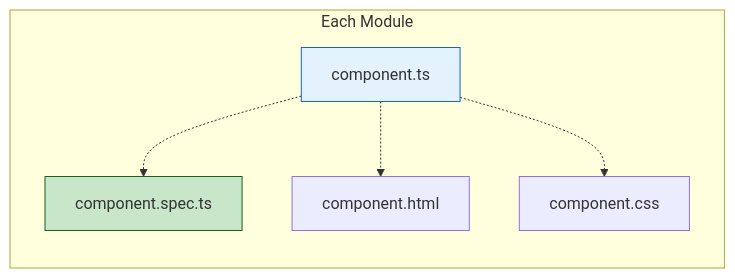
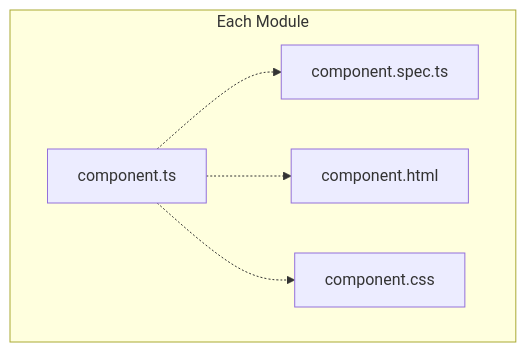
Before and after one commit to o2alexanderfedin/angular-cas-disot: the first of 2 diagrams in docs/development/project-structure.md, drawn with Mermaid. The commit also changed other lines of this file and 18 other files, not shown here.

````diff
--- a/docs/development/project-structure.md
+++ b/docs/development/project-structure.md
@@ -46,16 +46,13 @@
 ```mermaid
-graph LR
+graph TD
     subgraph "Each Module"
         A[component.ts]
         B[component.spec.ts]
         C[component.html]
         D[component.css]
         
         A -.-> B
         A -.-> C
         A -.-> D
     end
-    
-    style A fill:#e3f2fd,stroke:#1565c0
-    style B fill:#c8e6c9,stroke:#1b5e20
 ```
````
